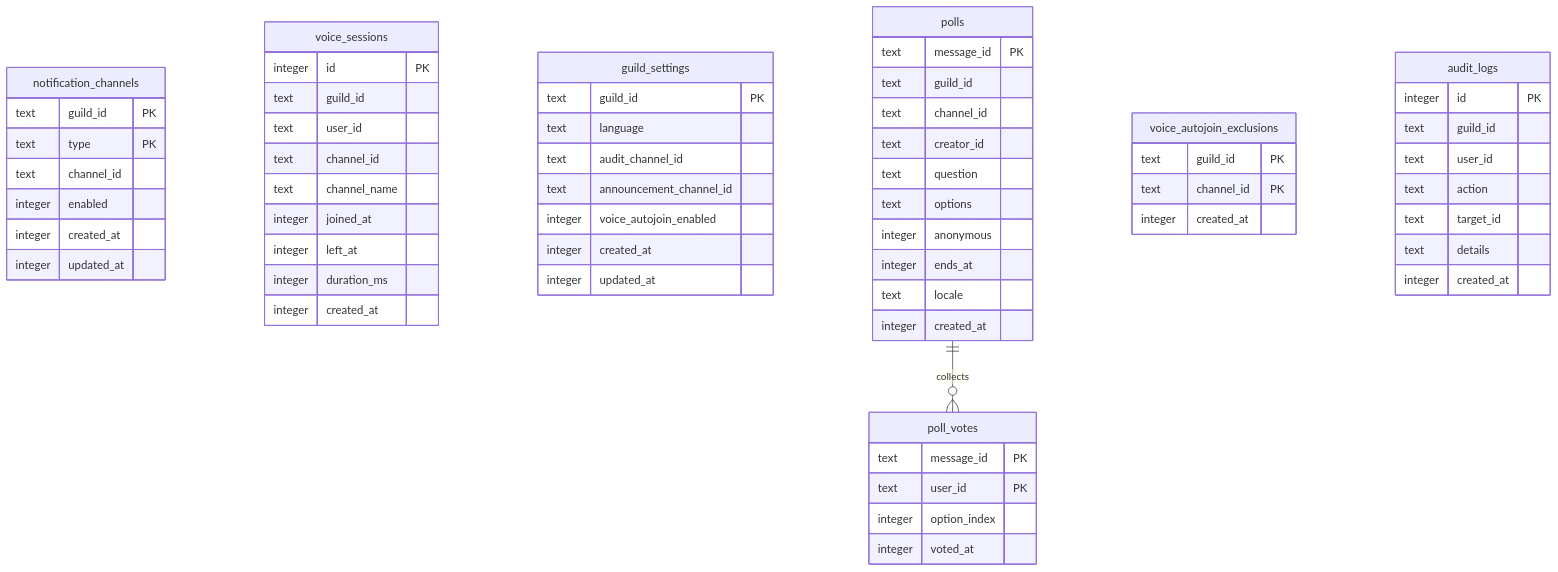
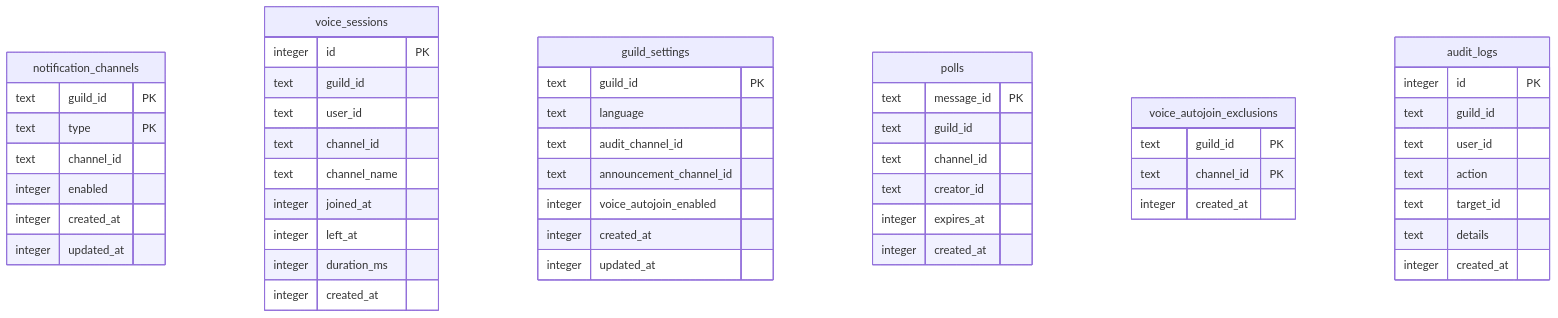
Before and after one commit to iam74k4/DiscordBot: the diagram in docs/database.md, drawn with Mermaid. The commit also changed other lines of this file and 21 other files, not shown here.

````diff
--- a/docs/database.md
+++ b/docs/database.md
@@ -282,71 +267,58 @@
 ```mermaid
 erDiagram
     notification_channels {
         text guild_id PK
         text type PK
         text channel_id
         integer enabled
         integer created_at
         integer updated_at
     }
 
     voice_sessions {
         integer id PK
         text guild_id
         text user_id
         text channel_id
         text channel_name
         integer joined_at
         integer left_at
         integer duration_ms
         integer created_at
     }
 
     guild_settings {
         text guild_id PK
         text language
         text audit_channel_id
         text announcement_channel_id
         integer voice_autojoin_enabled
         integer created_at
         integer updated_at
     }
 
     polls {
         text message_id PK
         text guild_id
         text channel_id
         text creator_id
-        text question
-        text options
-        integer anonymous
-        integer ends_at
-        text locale
+        integer expires_at
         integer created_at
-    }
-
-    poll_votes {
-        text message_id PK
-        text user_id PK
-        integer option_index
-        integer voted_at
     }
 
     voice_autojoin_exclusions {
         text guild_id PK
         text channel_id PK
         integer created_at
     }
-
-    polls ||--o{ poll_votes : "collects"
 
     audit_logs {
         integer id PK
         text guild_id
         text user_id
         text action
         text target_id
         text details
         integer created_at
     }
 ```
````
